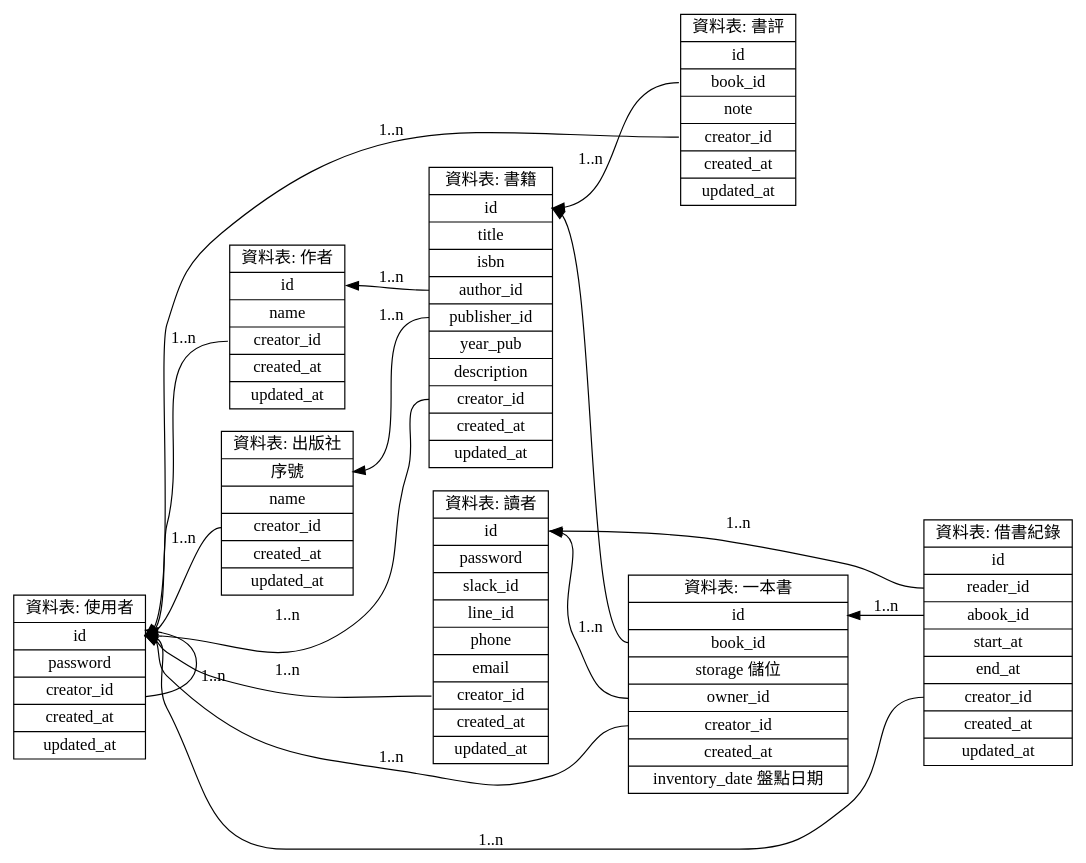
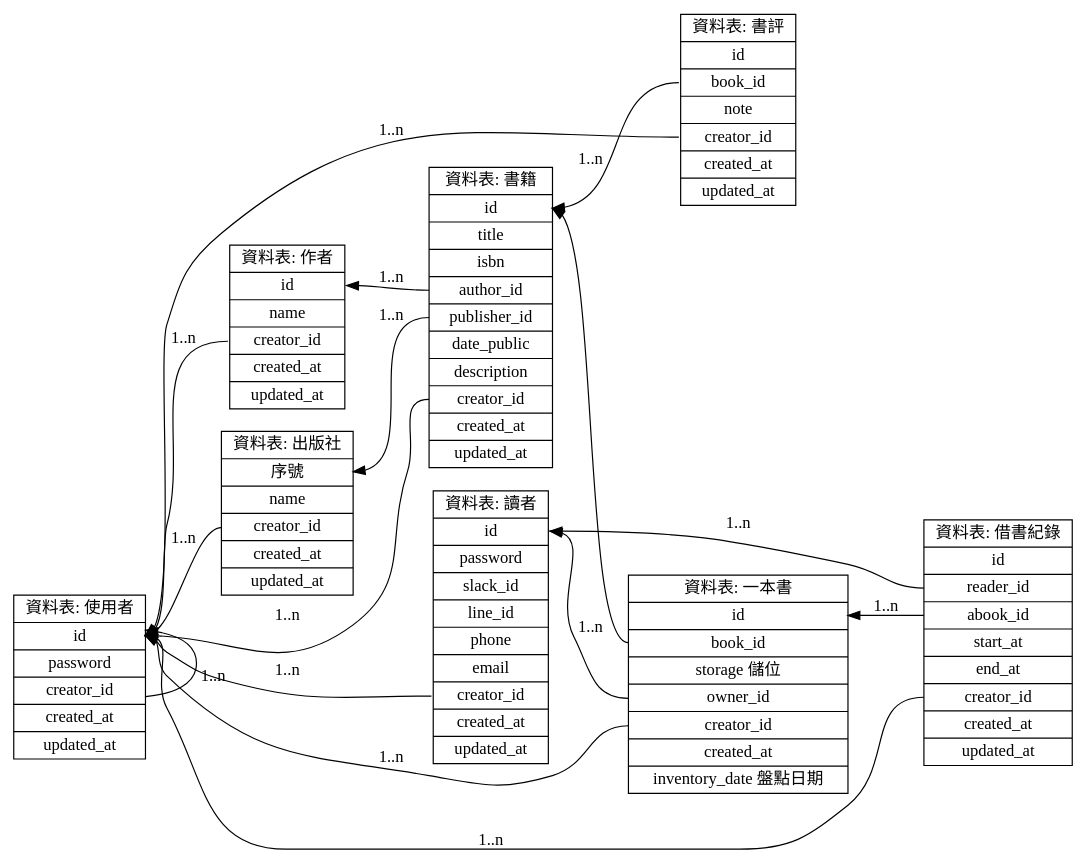
One commit to dwatow/dwatow.github.io changed the diagram in source/_posts/raspberry-pi/create-table.md. Above: the diagram before and after it, drawn with Graphviz. The commit also changed 2 other files, not shown here.

Commit message:
add fake data

```diff
--- a/source/_posts/raspberry-pi/create-table.md
+++ b/source/_posts/raspberry-pi/create-table.md
@@ -69,7 +69,7 @@
     isbn |
     <author_id>author_id |
     <publisher_id>publisher_id |
-    year_pub |
+    date_public |
     description|
     <creator_id>creator_id|
     created_at|
```
